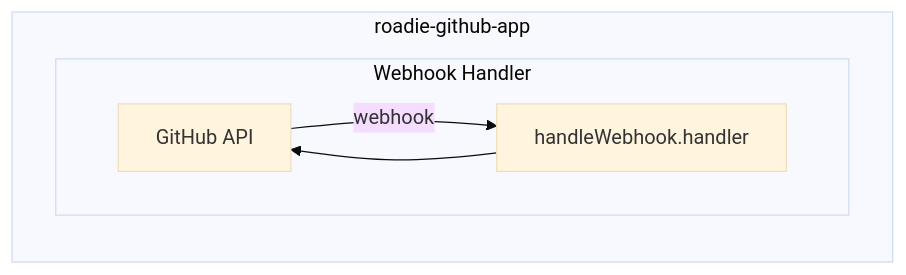
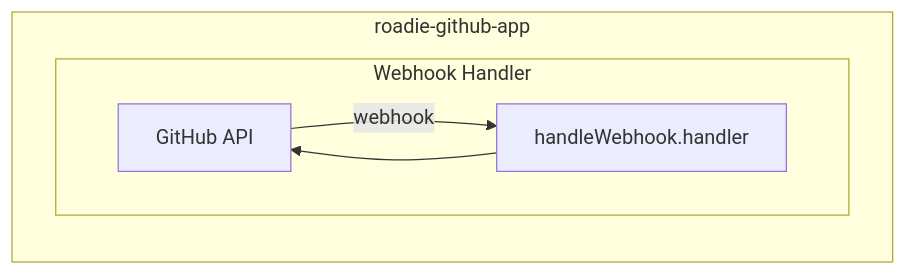
The second of 2 diagrams in docs/feature-testing.md (RoadieHQ/sample-service), drawn with Mermaid before and after one commit.

````diff
--- a/docs/feature-testing.md
+++ b/docs/feature-testing.md
@@ -67,10 +67,9 @@
-```mermaid
-%%{init: {'theme':'base'}}%%
+```mermaid %%{init: {'theme':'base'}}%%
 graph LR
   subgraph roadie-github-app
     subgraph Webhook Handler
       github -->|webhook| webhook-handler[handleWebhook.handler]
     end
     webhook-handler --> github[GitHub API]
   end
 ```
````
